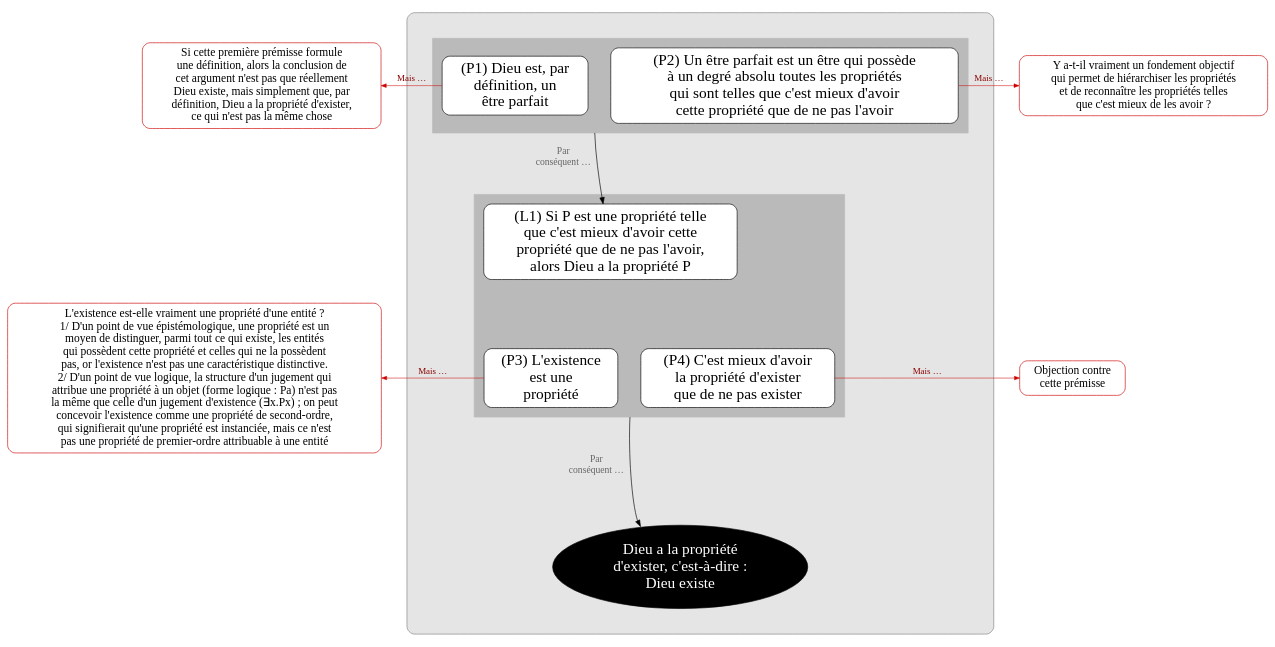
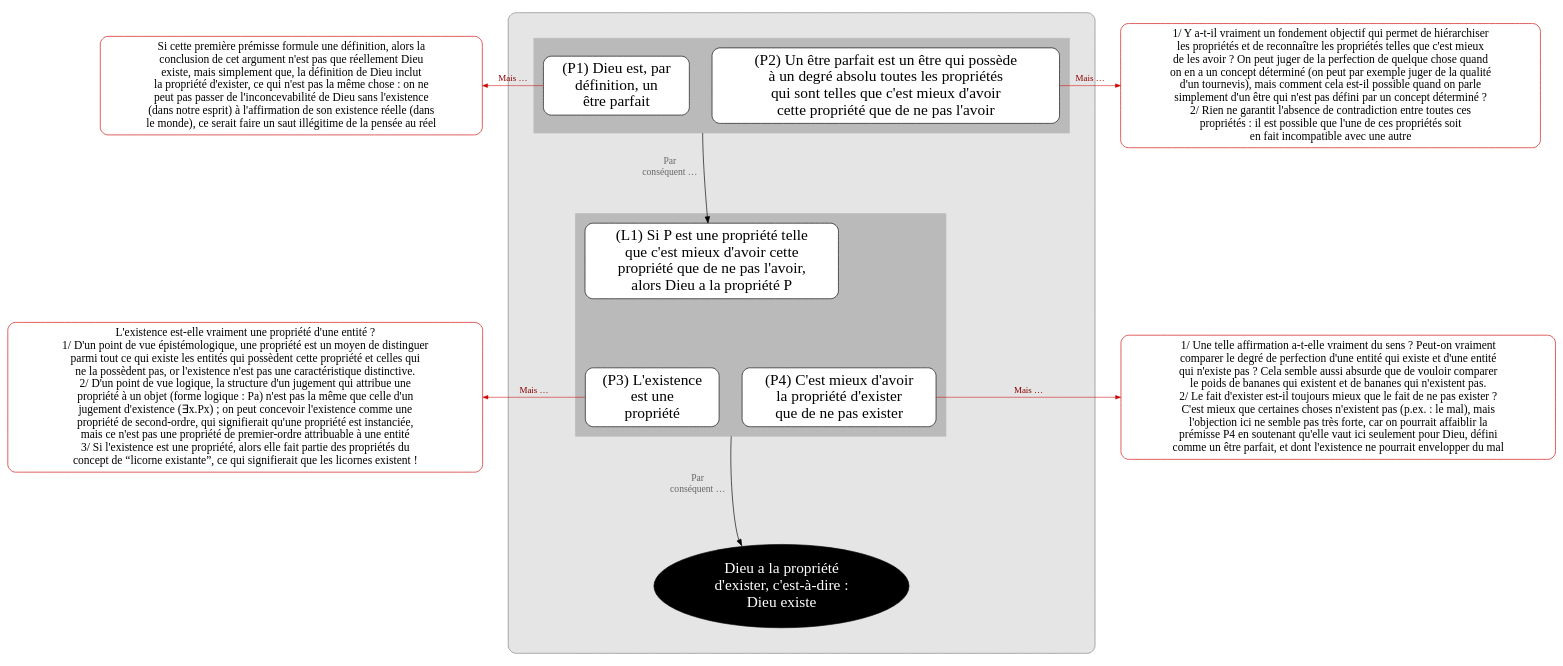
The diagram in argument/argument-ontologique1.dot (eyssette/graphviz-examples), drawn with Graphviz before and after one commit.

```diff
--- a/argument/argument-ontologique1.dot
+++ b/argument/argument-ontologique1.dot
@@ -1,109 +1,122 @@
 digraph G {
 splines=true
 newrank=true
 compound=true
 
 
 node[color=red3, style="rounded, filled", shape="box", fillcolor=white, penwidth=1, fontcolor=black, fontsize=18, margin=0.1]
-o1[label="Si cette première prémisse formule
-une définition, alors la conclusion de
-cet argument n'est pas que réellement
-Dieu existe, mais simplement que, par 
-définition, Dieu a la propriété d'exister,
-ce qui n'est pas la même chose"]
+o1[label="Si cette première prémisse formule une définition, alors la
+conclusion de cet argument n'est pas que réellement Dieu
+existe, mais simplement que, la définition de Dieu inclut
+la propriété d'exister, ce qui n'est pas la même chose : on ne
+peut pas passer de l'inconcevabilité de Dieu sans l'existence
+(dans notre esprit) à l'affirmation de son existence réelle (dans
+le monde), ce serait faire un saut illégitime de la pensée au réel"]
 o3[label="L'existence est-elle vraiment une propriété d'une entité ?
-1/ D'un point de vue épistémologique, une propriété est un
-moyen de distinguer, parmi tout ce qui existe, les entités
-qui possèdent cette propriété et celles qui ne la possèdent
-pas, or l'existence n'est pas une caractéristique distinctive.
-2/ D'un point de vue logique, la structure d'un jugement qui
-attribue une propriété à un objet (forme logique : Pa) n'est pas
-la même que celle d'un jugement d'existence (∃x.Px) ; on peut
-concevoir l'existence comme une propriété de second-ordre,
-qui signifierait qu'une propriété est instanciée, mais ce n'est
-pas une propriété de premier-ordre attribuable à une entité"]
+1/ D'un point de vue épistémologique, une propriété est un moyen de distinguer
+parmi tout ce qui existe les entités qui possèdent cette propriété et celles qui
+ne la possèdent pas, or l'existence n'est pas une caractéristique distinctive.
+2/ D'un point de vue logique, la structure d'un jugement qui attribue une
+propriété à un objet (forme logique : Pa) n'est pas la même que celle d'un
+jugement d'existence (∃x.Px) ; on peut concevoir l'existence comme une
+propriété de second-ordre, qui signifierait qu'une propriété est instanciée,
+mais ce n'est pas une propriété de premier-ordre attribuable à une entité
+3/ Si l'existence est une propriété, alors elle fait partie des propriétés du
+concept de “licorne existante”, ce qui signifierait que les licornes existent !"]
 
 node[shape=box, fillcolor=white, style="filled,rounded", color=black, fontsize=24, penwidth=1,fontcolor=black, margin=0.1]
 
 edge[minlen=2,color=red3, penwidth=0.8, arrowsize=0.8, label=" Mais …", fontcolor=red4,fontsize=14]
 {rank=same;o1->p1[dir=back]}
 {rank=same;o3->p3[dir=back]}
 
 subgraph cluster_0 {
 bgcolor=grey90
 style=rounded
 color=grey50
 margin=40
 
 
 
 node[shape=box, fillcolor=white, style="filled,rounded", color=black]
 edge[label="",xlabel="Par
 conséquent …",fontcolor=grey40;fontsize=15,minlen=3,color=black,penwidth=1, arrowsize=1]
 
 
 
 subgraph cluster_1 {
 style="box"
 margin=15
 bgcolor=grey73
 color=grey73
 p1[label="(P1) Dieu est, par
 définition, un
 être parfait"]
 
 p2[label="(P2) Un être parfait est un être qui possède
 à un degré absolu toutes les propriétés
 qui sont telles que c'est mieux d'avoir
 cette propriété que de ne pas l'avoir"]
 }
 
 
 subgraph cluster_2 {
 style="box"
 margin=15
 bgcolor=grey73
 color=grey73
 l1[label="(L1) Si P est une propriété telle
 que c'est mieux d'avoir cette
 propriété que de ne pas l'avoir,
 alors Dieu a la propriété P"]
 p3[label="(P3) L'existence
 est une
 propriété"]
 p4[label="(P4) C'est mieux d'avoir
 la propriété d'exister
 que de ne pas exister"]
 }
 
 
 {rank=same;p1->p2[style=invis,xlabel="",minlen=1]}
 l1->{p3,p4}[style=invis,xlabel="",minlen=1]
 {rank=same;p3->p4[style=invis,xlabel="",minlen=1]}
 
 p2:w->l1[ltail=cluster_1]
 
 p4:w->C:nw[ltail=cluster_2]
 
 vide1[style=invis]
 {rank=same;vide1->C[style=invis, minlen=3]}
 
 C[label="Dieu a la propriété
 d'exister, c'est-à-dire :
 Dieu existe",fillcolor=black, fontcolor=white, color=black, shape=ellipse]
 
 
 }
 
 node[color=red3, style="rounded, filled", shape="box", fillcolor=white, penwidth=1, fontcolor=black, fontsize=18, margin=0.1]
 
-o2[label="Y a-t-il vraiment un fondement objectif
-qui permet de hiérarchiser les propriétés
-et de reconnaître les propriétés telles
-que c'est mieux de les avoir ?"]
+o2[label="1/ Y a-t-il vraiment un fondement objectif qui permet de hiérarchiser
+les propriétés et de reconnaître les propriétés telles que c'est mieux
+de les avoir ? On peut juger de la perfection de quelque chose quand
+on en a un concept déterminé (on peut par exemple juger de la qualité
+d'un tournevis), mais comment cela est-il possible quand on parle
+simplement d'un être qui n'est pas défini par un concept déterminé ?
+2/ Rien ne garantit l'absence de contradiction entre toutes ces
+propriétés : il est possible que l'une de ces propriétés soit
+en fait incompatible avec une autre"]
 {rank=same;p2->o2}
-o4[label="Objection contre
-cette prémisse"]
+o4[label="1/ Une telle affirmation a-t-elle vraiment du sens ? Peut-on vraiment
+comparer le degré de perfection d'une entité qui existe et d'une entité
+qui n'existe pas ? Cela semble aussi absurde que de vouloir comparer
+le poids de bananes qui existent et de bananes qui n'existent pas.
+2/ Le fait d'exister est-il toujours mieux que le fait de ne pas exister ?
+C'est mieux que certaines choses n'existent pas (p.ex. : le mal), mais
+l'objection ici ne semble pas très forte, car on pourrait affaiblir la
+prémisse P4 en soutenant qu'elle vaut ici seulement pour Dieu, défini
+comme un être parfait, et dont l'existence ne pourrait envelopper du mal"]
 {rank=same;p4->o4}
 
 }
```
